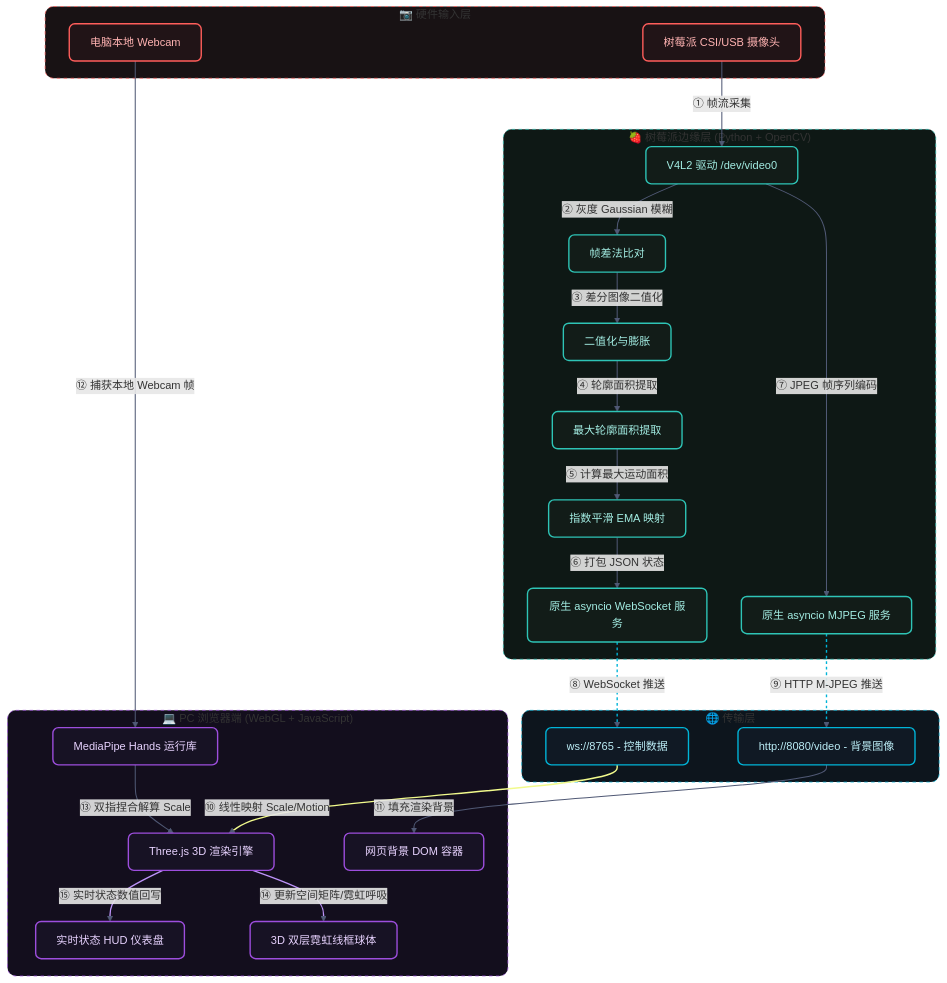
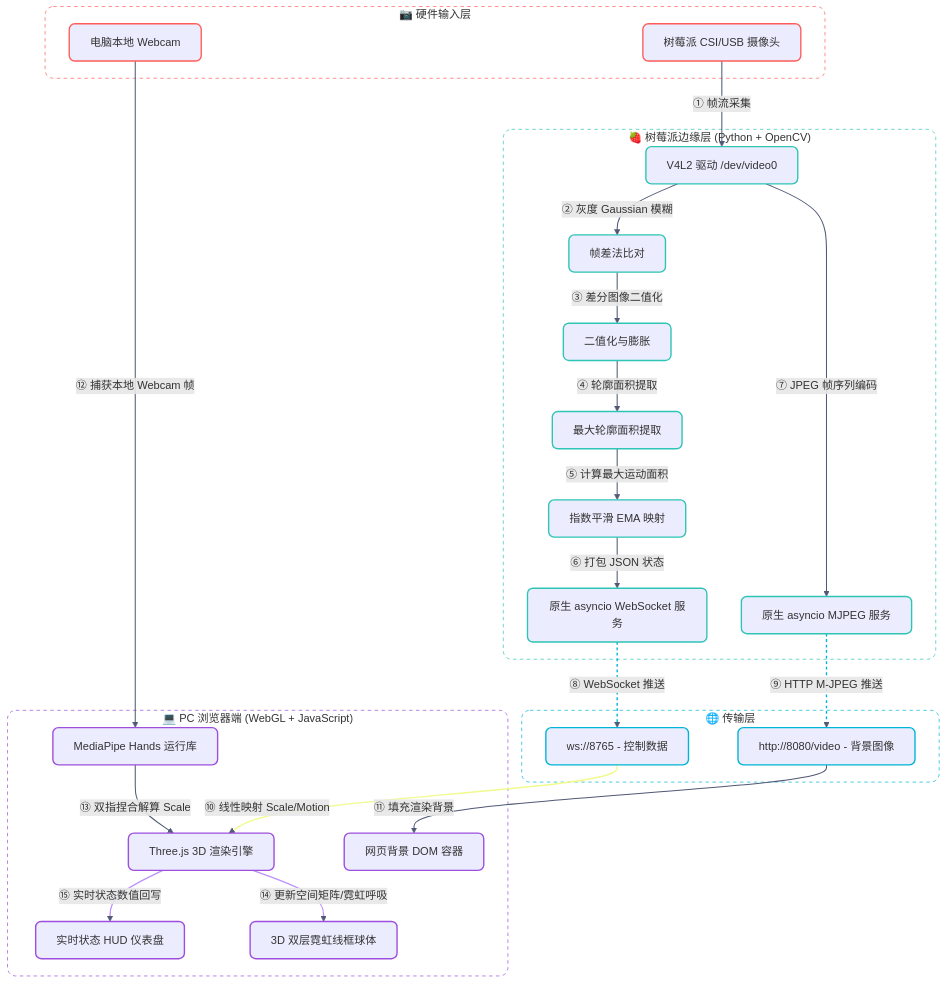
One commit to Singularity-Ye/Blog-pro changed the diagram in public/notes/01_藏经阁（知识库）/格物院（课程与学科）/嵌入式/Lab/树莓派视觉手势识别与Web_3D交互控制系统.md. Above: the diagram before and after it, drawn with Mermaid. The commit also changed other lines of this file and 4 other files, not shown here.

Commit message:
style(mermaid): resolve edge label contrast issue and remove hardcoded dark fills

````diff
--- a/public/notes/01_藏经阁（知识库）/格物院（课程与学科）/嵌入式/Lab/树莓派视觉手势识别与Web_3D交互控制系统.md
+++ b/public/notes/01_藏经阁（知识库）/格物院（课程与学科）/嵌入式/Lab/树莓派视觉手势识别与Web_3D交互控制系统.md
@@ -19,10 +19,10 @@
 ```mermaid
 flowchart TD
     %% Subgraph Styling (Card containers)
-    style HW fill:#181214,stroke:#ff5e5b,stroke-width:1px,stroke-dasharray: 5 5,rx:12px,ry:12px;
-    style PI fill:#0e1815,stroke:#2ec4b6,stroke-width:1px,stroke-dasharray: 5 5,rx:12px,ry:12px;
-    style NET fill:#0d151d,stroke:#00b4d8,stroke-width:1px,stroke-dasharray: 5 5,rx:12px,ry:12px;
-    style WEB fill:#130e1d,stroke:#9d4edd,stroke-width:1px,stroke-dasharray: 5 5,rx:12px,ry:12px;
+    style HW fill:none,stroke:#ff5e5b,stroke-width:1px,stroke-dasharray: 5 5,rx:12px,ry:12px;
+    style PI fill:none,stroke:#2ec4b6,stroke-width:1px,stroke-dasharray: 5 5,rx:12px,ry:12px;
+    style NET fill:none,stroke:#00b4d8,stroke-width:1px,stroke-dasharray: 5 5,rx:12px,ry:12px;
+    style WEB fill:none,stroke:#9d4edd,stroke-width:1px,stroke-dasharray: 5 5,rx:12px,ry:12px;
 
     %% 1. 硬件输入层
     subgraph HW["📷 硬件输入层"]
@@ -77,10 +77,10 @@
     ThreeJS -->|⑮ 实时状态数值回写| Readout
 
     %% Card Aesthetic Class Definitions
-    classDef hwCard fill:#211417,stroke:#ff5e5b,stroke-width:2px,color:#ffb3b2,rx:8px,ry:8px;
-    classDef piCard fill:#121c18,stroke:#2ec4b6,stroke-width:2px,color:#a3ede3,rx:8px,ry:8px;
-    classDef netCard fill:#101924,stroke:#00b4d8,stroke-width:2px,color:#bceef7,rx:8px,ry:8px;
-    classDef webCard fill:#171224,stroke:#9d4edd,stroke-width:2px,color:#e8d3ff,rx:8px,ry:8px;
+    classDef hwCard stroke:#ff5e5b,stroke-width:2px,rx:8px,ry:8px;
+    classDef piCard stroke:#2ec4b6,stroke-width:2px,rx:8px,ry:8px;
+    classDef netCard stroke:#00b4d8,stroke-width:2px,rx:8px,ry:8px;
+    classDef webCard stroke:#9d4edd,stroke-width:2px,rx:8px,ry:8px;
 
     %% Apply CSS Classes to Nodes
     class CamPi,CamPC hwCard;
````
